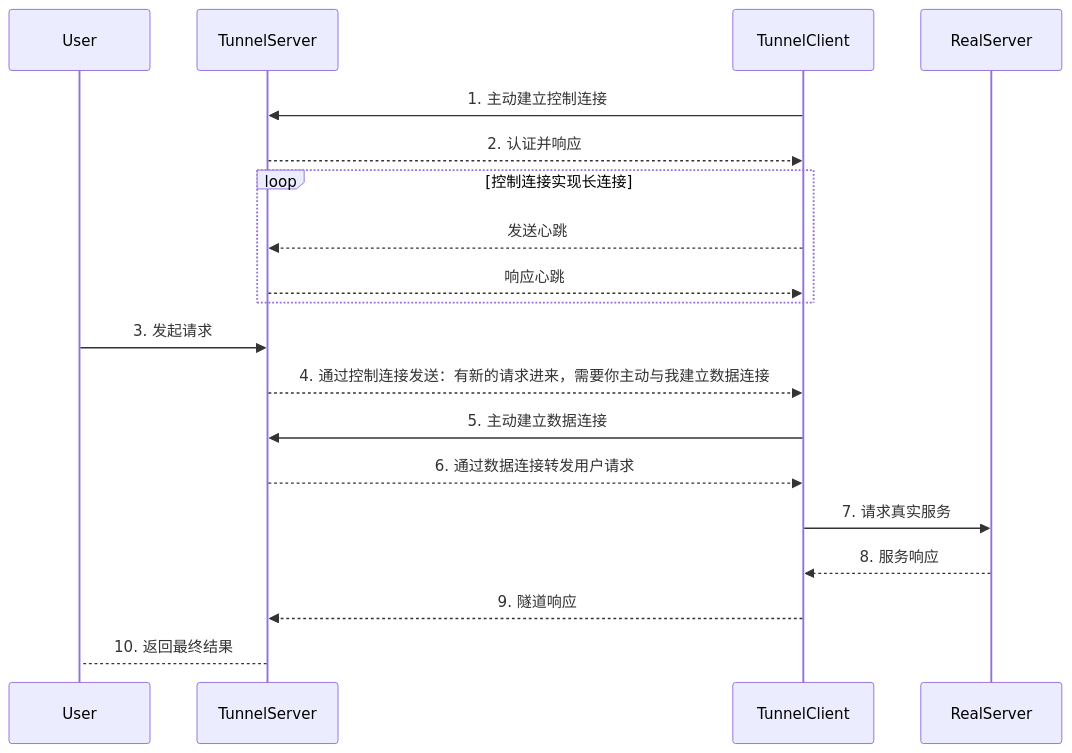
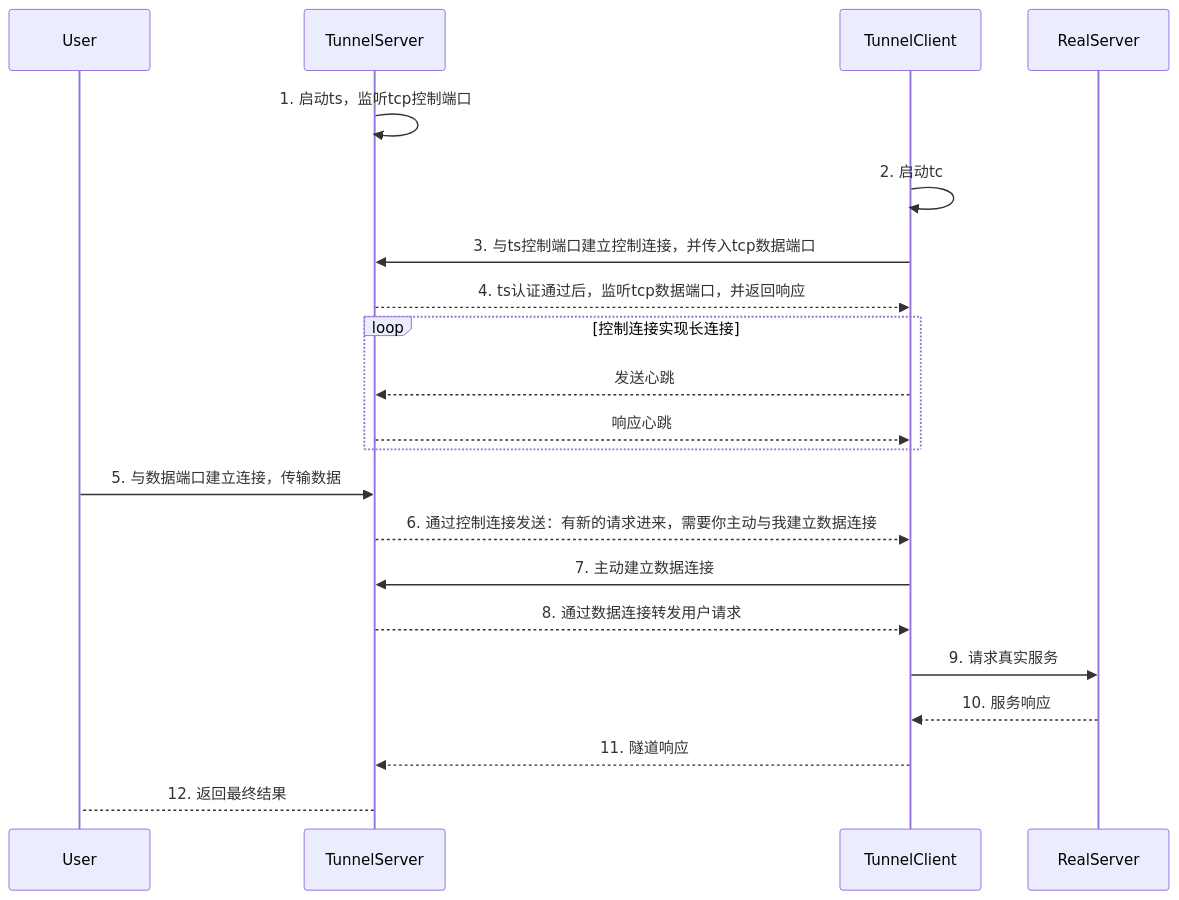
One commit to meethigher/tcp-reverse-proxy changed the diagram in README.md. Above: the diagram before and after it, drawn with Mermaid. The commit also changed 1 other file, not shown here.

Commit message:
feat: 添加protobuf依赖

````diff
--- a/README.md
+++ b/README.md
@@ -41,26 +41,28 @@
 ```mermaid
 sequenceDiagram
     participant user as User
     participant ts as TunnelServer
     participant tc as TunnelClient
     participant rs as RealServer
     
-    tc->>ts: 1. 主动建立控制连接
-    ts-->>tc: 2. 认证并响应
+    ts->>ts: 1. 启动ts，监听tcp控制端口
+    tc->>tc: 2. 启动tc
+    tc->>ts: 3. 与ts控制端口建立控制连接，并传入tcp数据端口
+    ts-->>tc: 4. ts认证通过后，监听tcp数据端口，并返回响应
     loop 控制连接实现长连接
       tc-->>ts: 发送心跳
-      ts-->>tc:响应心跳
+      ts-->>tc: 响应心跳
     end
     
-    user->>ts: 3. 发起请求
-    ts-->>tc: 4. 通过控制连接发送：有新的请求进来，需要你主动与我建立数据连接
-    tc->>ts: 5. 主动建立数据连接
-    ts-->>tc: 6. 通过数据连接转发用户请求
-    tc->>rs: 7. 请求真实服务
-    rs-->>tc: 8. 服务响应
-    tc-->>ts: 9. 隧道响应
-    ts-->user: 10. 返回最终结果
+    user->>ts: 5. 与数据端口建立连接，传输数据
+    ts-->>tc: 6. 通过控制连接发送：有新的请求进来，需要你主动与我建立数据连接
+    tc->>ts: 7. 主动建立数据连接
+    ts-->>tc: 8. 通过数据连接转发用户请求
+    tc->>rs: 9. 请求真实服务
+    rs-->>tc: 10. 服务响应
+    tc-->>ts: 11. 隧道响应
+    ts-->user: 12. 返回最终结果
    
-    
+   
 
 ```
````
